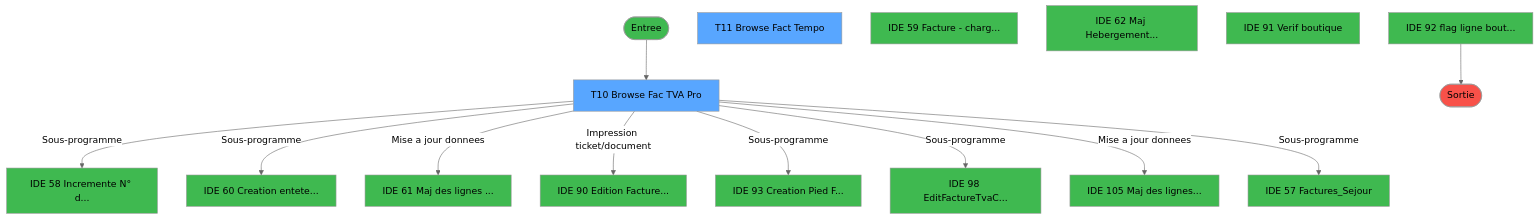
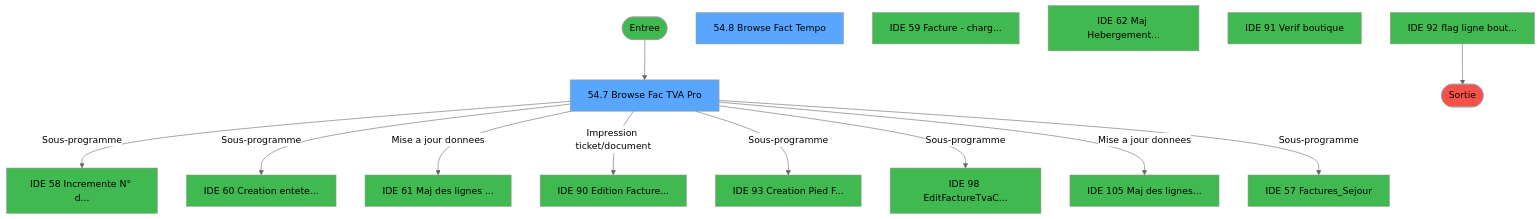
One commit to thonyAGP/lecteur-magic changed the first of 4 diagrams in .openspec/specs/ADH-IDE-54.md. Above: the diagram before and after it, drawn with Mermaid (neutral theme). The commit also changed other lines of this file and 493 other files, not shown here.

````diff
--- a/.openspec/specs/ADH-IDE-54.md
+++ b/.openspec/specs/ADH-IDE-54.md
@@ -1110,45 +1137,45 @@
 ```mermaid
 flowchart TD
     START([Entree])
     style START fill:#3fb950
-    VF10[T10 Browse Fac TVA Pro]
+    VF10[54.7 Browse Fac TVA Pro]
     style VF10 fill:#58a6ff
-    VF11[T11 Browse Fact Tempo]
+    VF11[54.8 Browse Fact Tempo]
     style VF11 fill:#58a6ff
     EXT58[IDE 58 Incremente N° d...]
     style EXT58 fill:#3fb950
     EXT60[IDE 60 Creation entete...]
     style EXT60 fill:#3fb950
     EXT61[IDE 61 Maj des lignes ...]
     style EXT61 fill:#3fb950
     EXT90[IDE 90 Edition Facture...]
     style EXT90 fill:#3fb950
     EXT93[IDE 93 Creation Pied F...]
     style EXT93 fill:#3fb950
     EXT98[IDE 98 EditFactureTvaC...]
     style EXT98 fill:#3fb950
     EXT105[IDE 105 Maj des lignes...]
     style EXT105 fill:#3fb950
     EXT57[IDE 57 Factures_Sejour]
     style EXT57 fill:#3fb950
     EXT59[IDE 59 Facture - charg...]
     style EXT59 fill:#3fb950
     EXT62[IDE 62 Maj Hebergement...]
     style EXT62 fill:#3fb950
     EXT91[IDE 91 Verif boutique]
     style EXT91 fill:#3fb950
     EXT92[IDE 92 flag ligne bout...]
     style EXT92 fill:#3fb950
     FIN([Sortie])
     style FIN fill:#f85149
     START --> VF10
     VF10 -->|Sous-programme| EXT58
     VF10 -->|Sous-programme| EXT60
     VF10 -->|Mise a jour donnees| EXT61
     VF10 -->|Impression ticket/document| EXT90
     VF10 -->|Sous-programme| EXT93
     VF10 -->|Sous-programme| EXT98
     VF10 -->|Mise a jour donnees| EXT105
     VF10 -->|Sous-programme| EXT57
     EXT92 --> FIN
 ```
````
